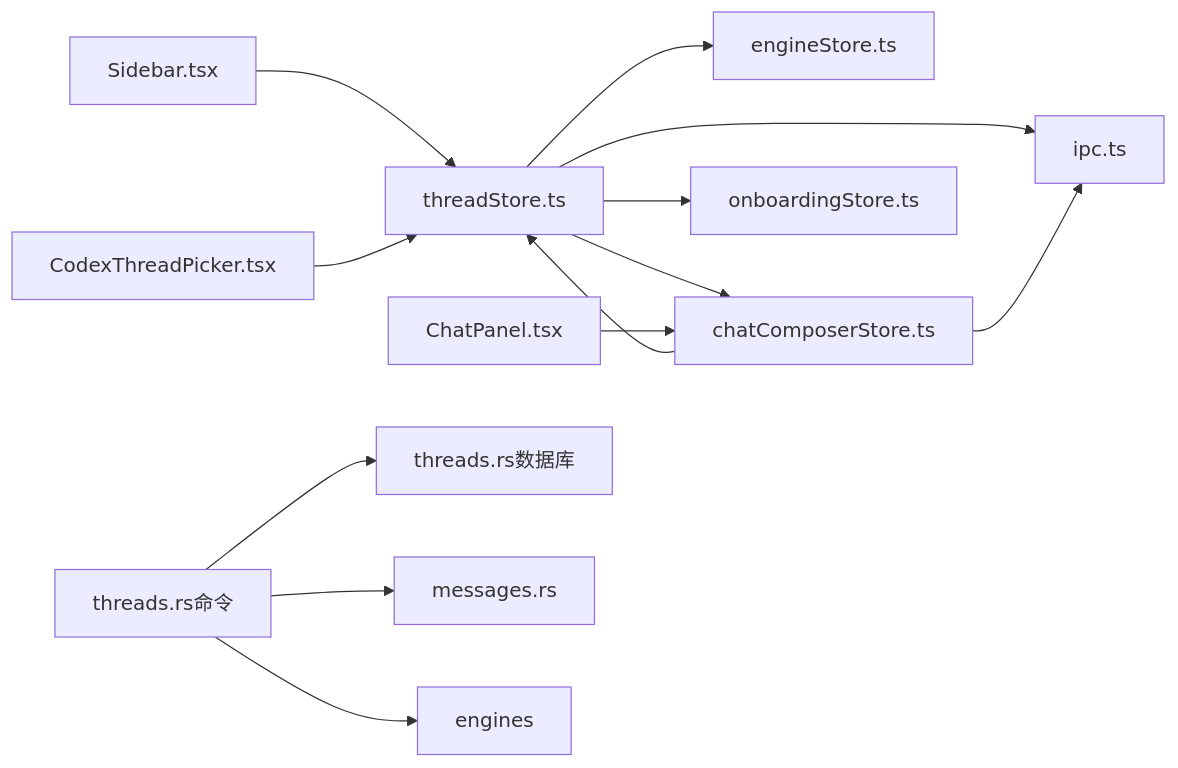
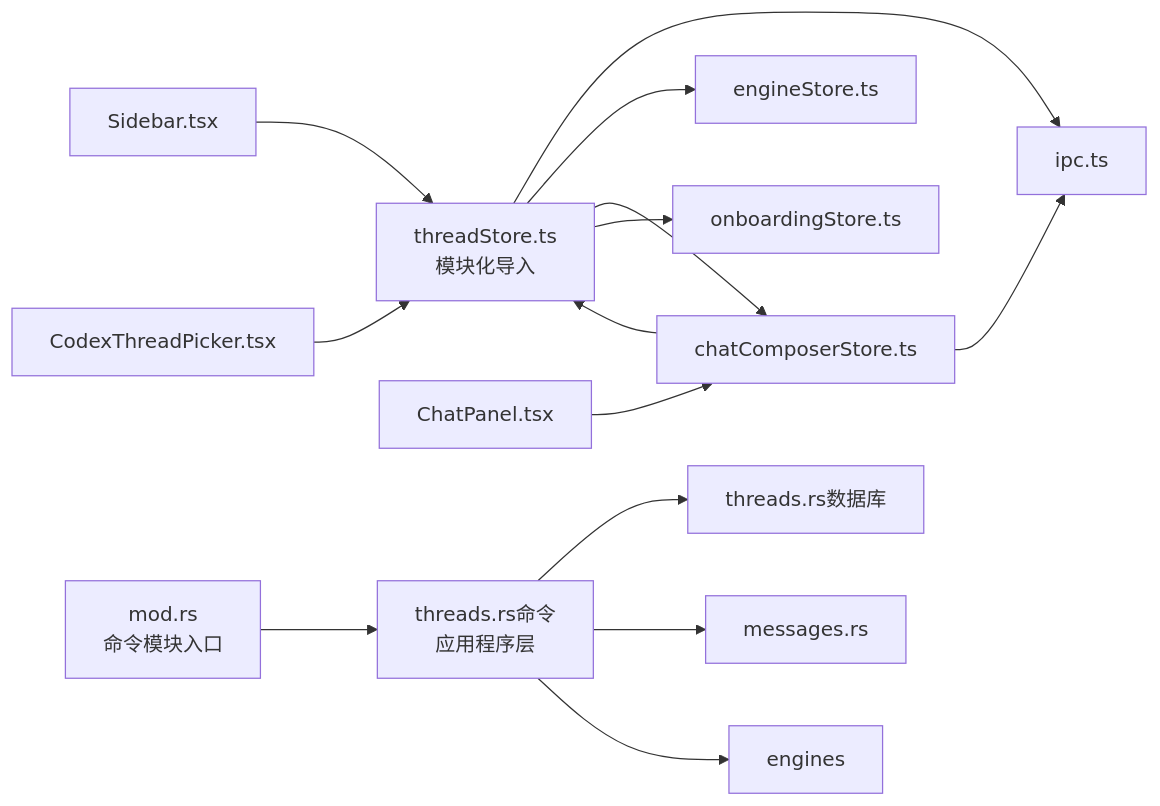
Before and after one commit to yattin/panes: the seventh of 7 diagrams in .qoder/repowiki/zh/content/核心功能/聊天和 AI 集成/线程和对话管理.md, drawn with Mermaid. The commit also changed other lines of this file and 45 other files, not shown here.

````diff
--- a/.qoder/repowiki/zh/content/核心功能/聊天和 AI 集成/线程和对话管理.md
+++ b/.qoder/repowiki/zh/content/核心功能/聊天和 AI 集成/线程和对话管理.md
@@ -363,15 +390,16 @@
 ```mermaid
 graph LR
-TS["threadStore.ts"] --> IPC["ipc.ts"]
+TS["threadStore.ts<br/>模块化导入"] --> IPC["ipc.ts"]
 TS --> ES["engineStore.ts"]
 TS --> CS["chatComposerStore.ts"]
 TS --> OS["onboardingStore.ts"]
 CS --> TS
 CS --> IPC
 SB["Sidebar.tsx"] --> TS
 CP["ChatPanel.tsx"] --> CS
 CTP["CodexThreadPicker.tsx"] --> TS
-CMD["threads.rs命令"] --> DBT["threads.rs数据库"]
+CMD["threads.rs命令<br/>应用程序层"] --> DBT["threads.rs数据库"]
 CMD --> DBM["messages.rs"]
 CMD --> ENG["engines"]
+MOD["mod.rs<br/>命令模块入口"] --> CMD
 ```
````
